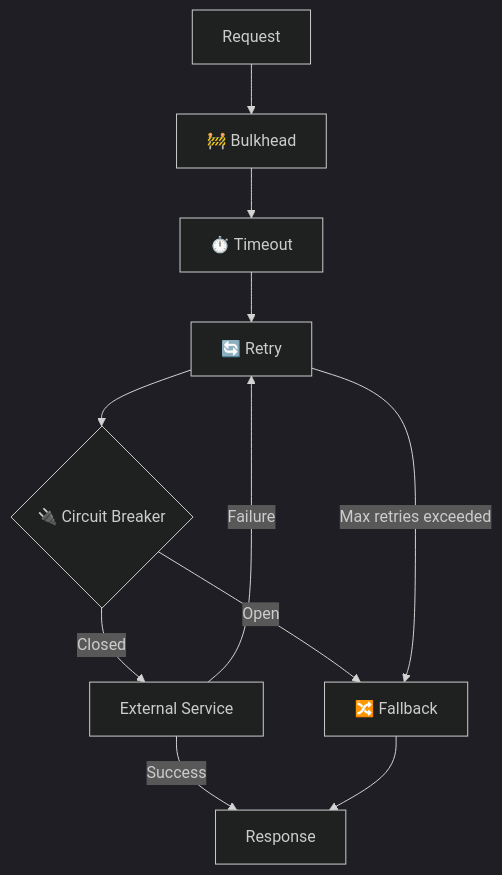
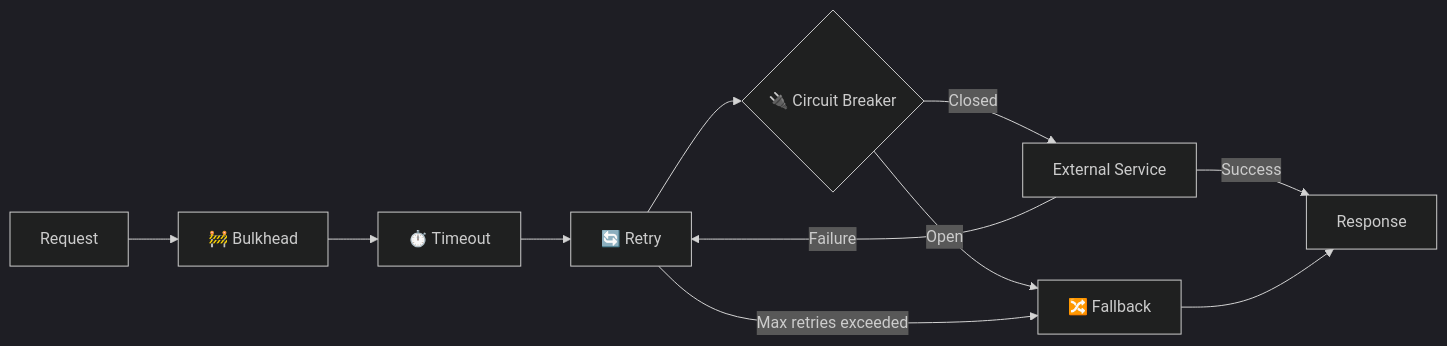
The ninth of 10 diagrams in content/blog/architecture/msa-series-3-resilience.en.md (12OneTwo12/12OneTwo12.github.io), drawn with Mermaid (dark theme) before and after one commit. The commit also changed 1 other file, not shown here.

Commit message:
docs: MSA 3편 패턴 조합 차트 방향 수정

````diff
--- a/content/blog/architecture/msa-series-3-resilience.en.md
+++ b/content/blog/architecture/msa-series-3-resilience.en.md
@@ -312,15 +312,15 @@
 ```mermaid
-flowchart TB
+flowchart LR
     Request["Request"] --> Bulkhead["🚧 Bulkhead"]
     Bulkhead --> Timeout["⏱️ Timeout"]
     Timeout --> Retry["🔄 Retry"]
     Retry --> CB{"🔌 Circuit Breaker"}
 
     CB -->|"Closed"| Service["External Service"]
     CB -->|"Open"| Fallback["🔀 Fallback"]
 
     Service -->|"Success"| Response["Response"]
     Service -->|"Failure"| Retry
     Retry -->|"Max retries exceeded"| Fallback
     Fallback --> Response
 ```
````
